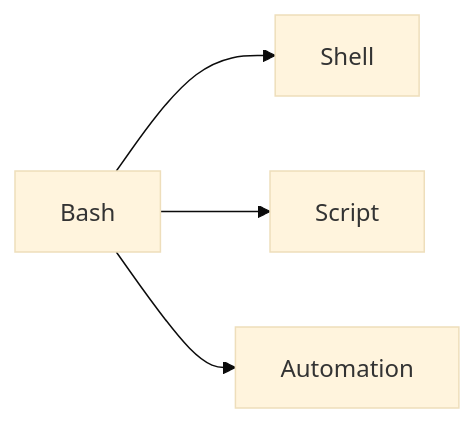
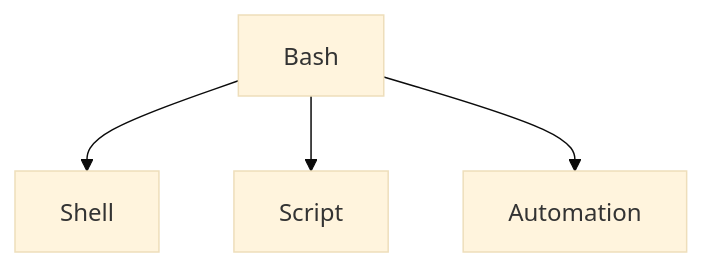
One commit to zyrass/omnydocs changed the fourth of 44 diagrams in docs/glossaire/administration-systeme.md. Above: the diagram before and after it, drawn with Mermaid (base theme). The commit also changed other lines of this file and 1780 other files, not shown here.

````diff
--- a/docs/glossaire/administration-systeme.md
+++ b/docs/glossaire/administration-systeme.md
@@ -85,6 +103,6 @@
-    ```mermaid
-    graph LR
-        A[Bash] --> B[Shell]
-        A --> C[Script]
-        A --> D[Automation]
-    ```
+```mermaid
+graph TB
+    A[Bash] --> B[Shell]
+    A --> C[Script]
+    A --> D[Automation]
+```
````
